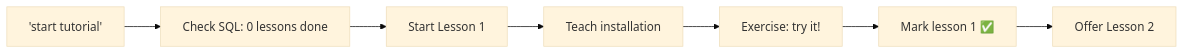
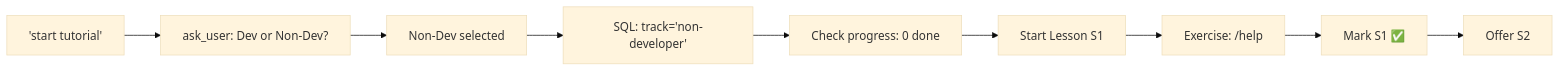
The third of 3 diagrams in agents/copilot-cli-quickstart.md (DUBSOpenHub/copilot-cli-quickstart), drawn with Mermaid (base theme) before and after one commit. The commit also changed other lines of this file and 12 other files, not shown here.

````diff
--- a/agents/copilot-cli-quickstart.md
+++ b/agents/copilot-cli-quickstart.md
@@ -223,9 +263,11 @@
 ```mermaid
 flowchart LR
-    A["'start tutorial'"] --> B["Check SQL: 0 lessons done"]
-    B --> C["Start Lesson 1"]
-    C --> D["Teach installation"]
-    D --> E["Exercise: try it!"]
-    E --> F["Mark lesson 1 ✅"]
-    F --> G["Offer Lesson 2"]
+    A["'start tutorial'"] --> B["ask_user: Dev or Non-Dev?"]
+    B --> C["Non-Dev selected"]
+    C --> D["SQL: track='non-developer'"]
+    D --> E["Check progress: 0 done"]
+    E --> F["Start Lesson S1"]
+    F --> G["Exercise: /help"]
+    G --> H["Mark S1 ✅"]
+    H --> I["Offer S2"]
 ```
````
